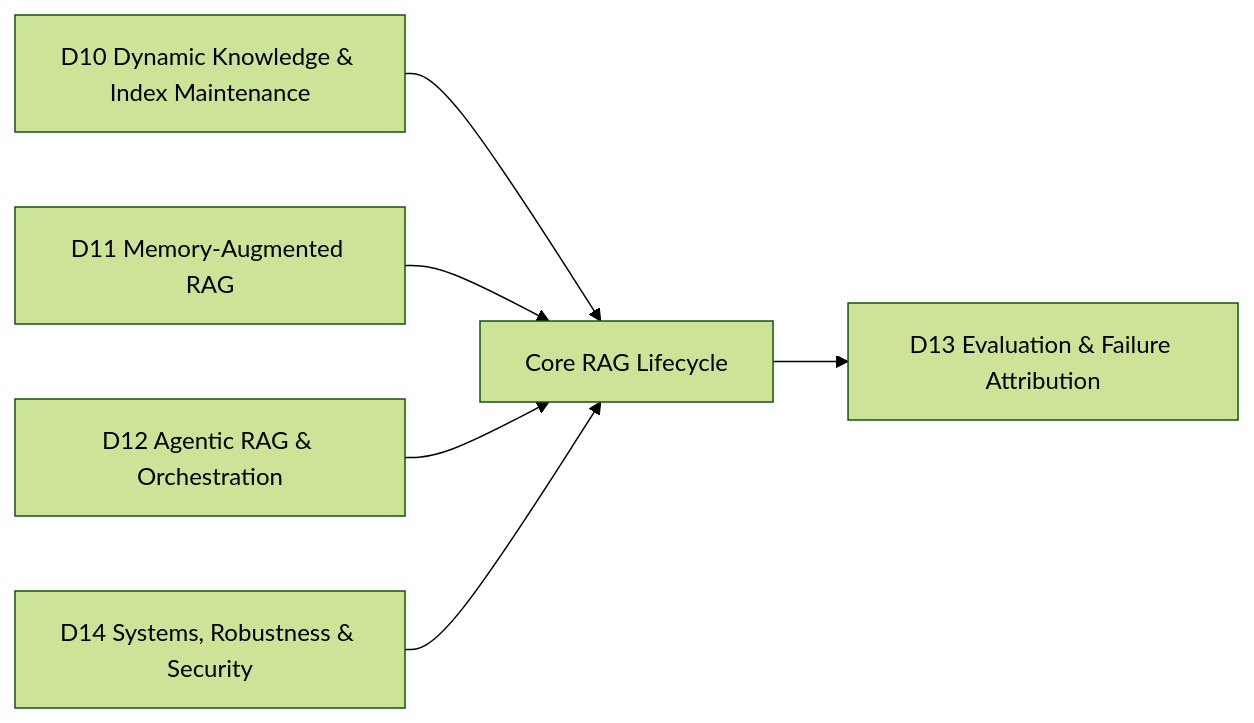
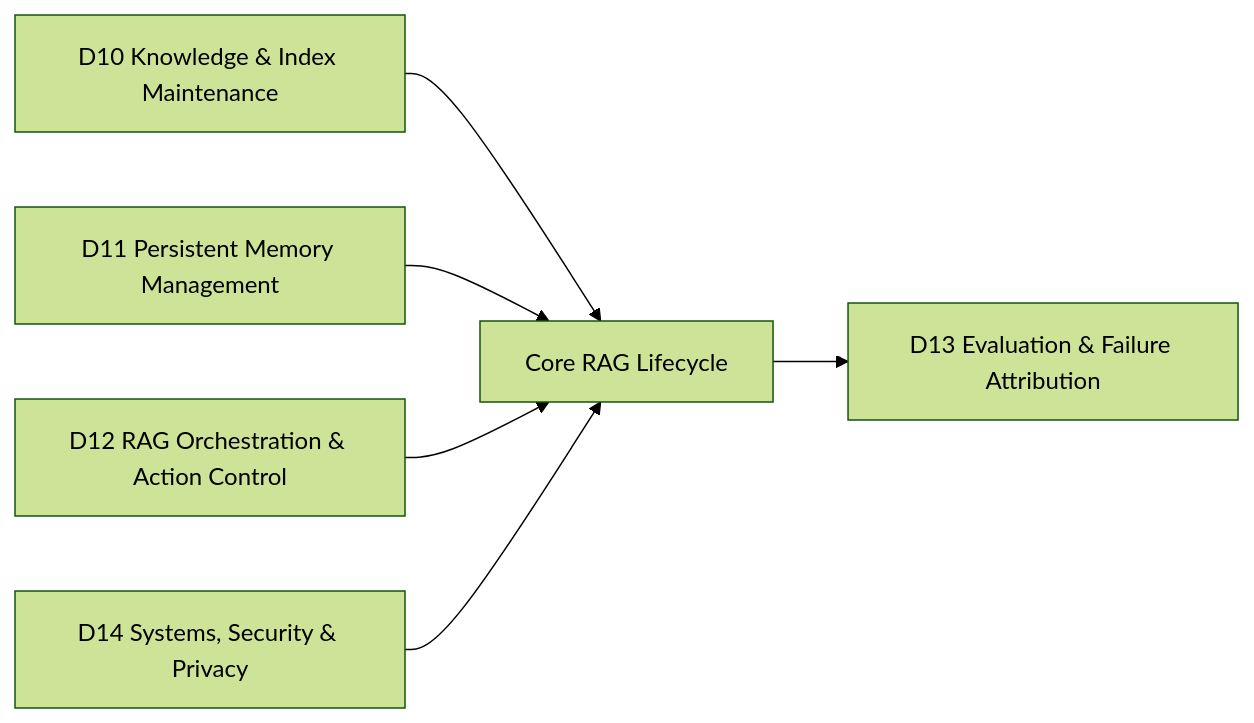
Before and after one commit to Cycl0n3-ga/RAG-survey: the second of 2 diagrams in 00 - 導覽與心智圖 (Navigation & MOC)/RAG Research Taxonomy & Domain Map.md, drawn with Mermaid (forest theme). The commit also changed other lines of this file and 113 other files, not shown here.

````diff
--- a/00 - 導覽與心智圖 (Navigation & MOC)/RAG Research Taxonomy & Domain Map.md
+++ b/00 - 導覽與心智圖 (Navigation & MOC)/RAG Research Taxonomy & Domain Map.md
@@ -67,8 +67,8 @@
 ```mermaid
 flowchart LR
-    D10["D10 Dynamic Knowledge & Index Maintenance"] --> CORE["Core RAG Lifecycle"]
-    D11["D11 Memory-Augmented RAG"] --> CORE
-    D12["D12 Agentic RAG & Orchestration"] --> CORE
+    D10["D10 Knowledge & Index Maintenance"] --> CORE["Core RAG Lifecycle"]
+    D11["D11 Persistent Memory Management"] --> CORE
+    D12["D12 RAG Orchestration & Action Control"] --> CORE
     CORE --> D13["D13 Evaluation & Failure Attribution"]
-    D14["D14 Systems, Robustness & Security"] --> CORE
+    D14["D14 Systems, Security & Privacy"] --> CORE
 ```
````
